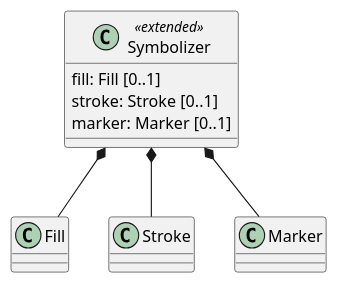
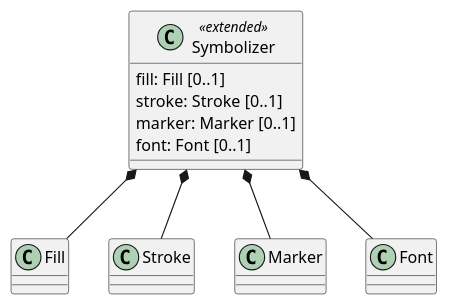
The first of 10 diagrams in 1-core/sections/clause_8_vector.adoc (opengeospatial/cartographic-symbology), drawn with PlantUML before and after one commit. The commit also changed other lines of this file and 3 other files, not shown here.

First line of the commit message:
Font inheritance: a font on MultiGraphic and Symbolizer, and em (#100)

```diff
--- a/1-core/sections/clause_8_vector.adoc
+++ b/1-core/sections/clause_8_vector.adoc
@@ -14,12 +14,14 @@
 [plantuml, target=diagram-classes, format=png]
 ....
 @startuml
 class Symbolizer <<extended>>
 Symbolizer : fill: Fill [0..1]
 Symbolizer : stroke: Stroke [0..1]
 Symbolizer : marker: Marker [0..1]
+Symbolizer : font: Font [0..1]
 Symbolizer *-- Fill
 Symbolizer *-- Stroke
 Symbolizer *-- Marker
+Symbolizer *-- Font
 @enduml
 ....
```
